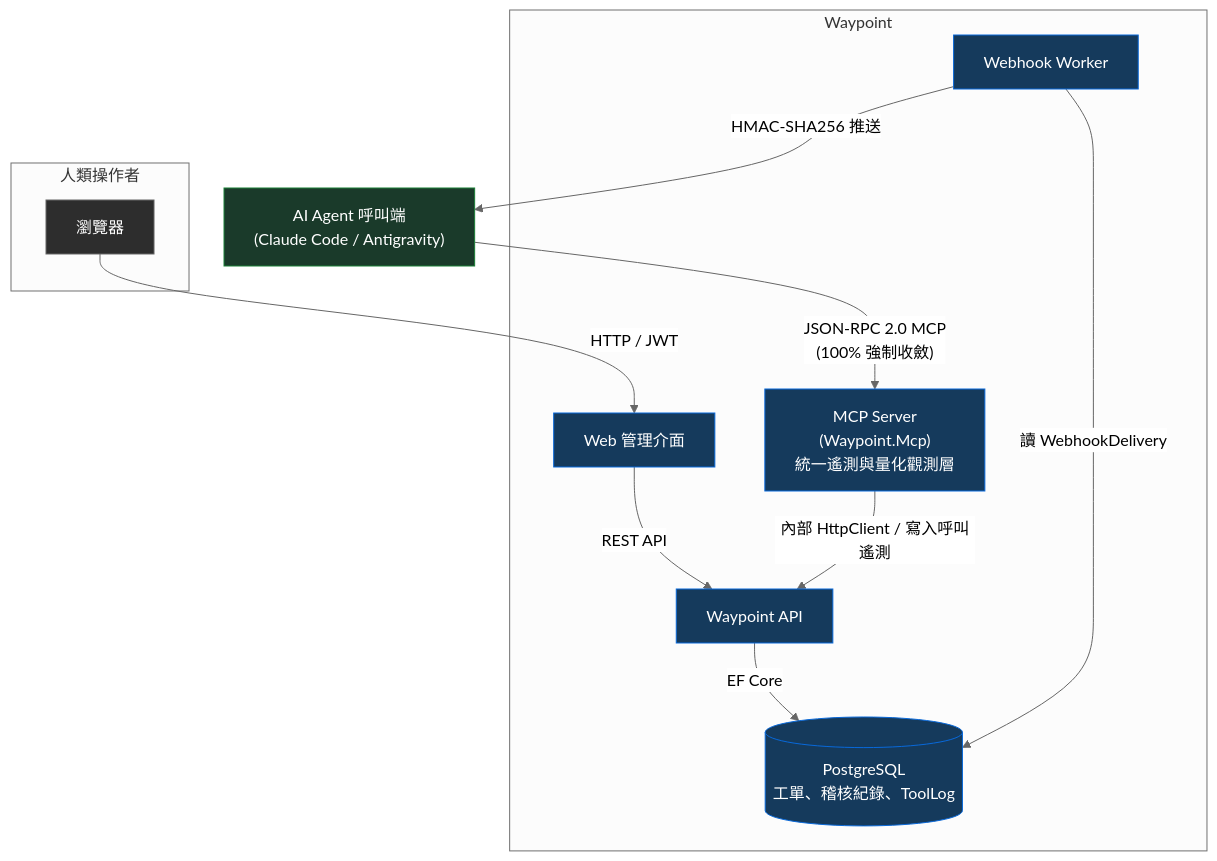
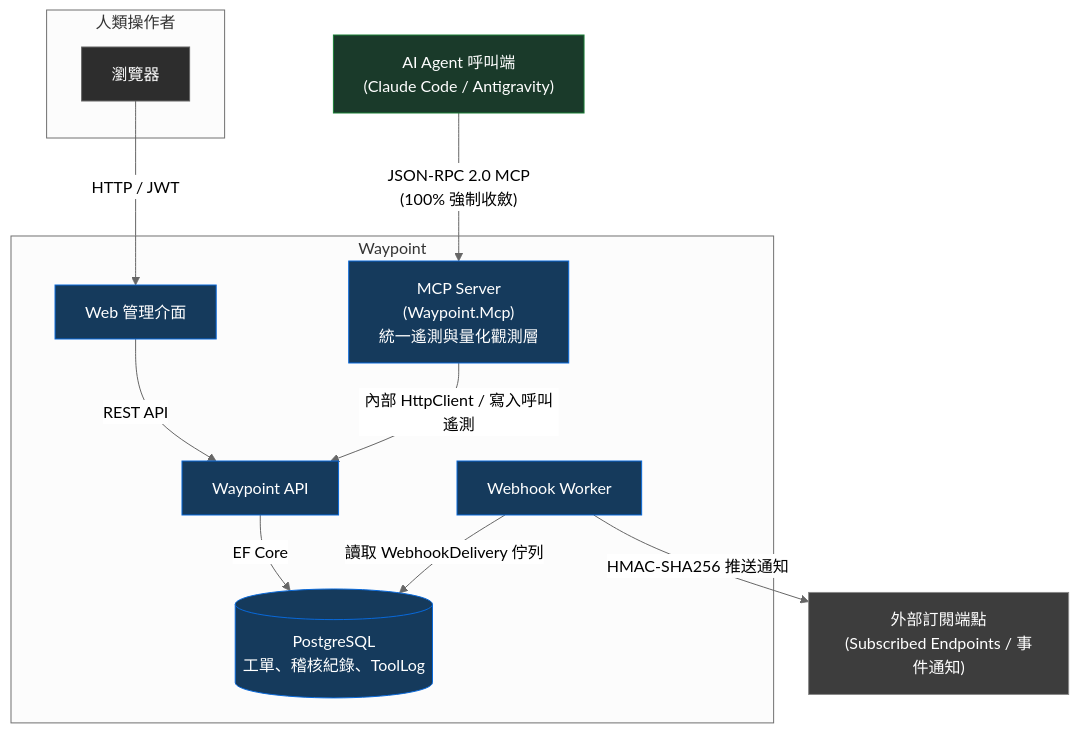
Before and after one commit to EanLee/eanlee.github.io: the first of 3 diagrams in src/content/blog/Software/series/solo-company-ai-team/why-waypoint-ticketing-system-for-ai/index.md, drawn with Mermaid (neutral theme). The commit also changed other lines of this file, not shown here.

Commit message:
fix(content): 修正 Waypoint 工單文章的 webhook 架構圖與說明文字

````diff
--- a/src/content/blog/Software/series/solo-company-ai-team/why-waypoint-ticketing-system-for-ai/index.md
+++ b/src/content/blog/Software/series/solo-company-ai-team/why-waypoint-ticketing-system-for-ai/index.md
@@ -171,32 +171,35 @@
 ```mermaid
 flowchart TD
     subgraph Human["人類操作者"]
         Browser["瀏覽器"]
     end
 
     subgraph WP["Waypoint"]
         WebSPA["Web 管理介面"]
         WPApi["Waypoint API"]
         WPMcp["MCP Server\n(Waypoint.Mcp)\n統一遙測與量化觀測層"]
         WebhookWorker["Webhook Worker"]
         DB[("PostgreSQL\n工單、稽核紀錄、ToolLog")]
     end
 
     AgentClient["AI Agent 呼叫端\n(Claude Code / Antigravity)"]
+    SubscribedEndpoints["外部訂閱端點\n(Subscribed Endpoints / 事件通知)"]
 
     Browser -->|"HTTP / JWT"| WebSPA
     WebSPA -->|"REST API"| WPApi
     WPApi -->|"EF Core"| DB
-    WebhookWorker -->|"讀 WebhookDelivery"| DB
-    WebhookWorker -->|"HMAC-SHA256 推送"| AgentClient
+    WebhookWorker -->|"讀取 WebhookDelivery 佇列"| DB
+    WebhookWorker -->|"HMAC-SHA256 推送通知"| SubscribedEndpoints
 
     AgentClient -->|"JSON-RPC 2.0 MCP\n(100% 強制收斂)"| WPMcp
     WPMcp -->|"內部 HttpClient / 寫入呼叫遙測"| WPApi
 
     classDef waypointStyle fill:#153a5c,color:#fff,stroke:#0969da
     classDef agentStyle fill:#1a3a2a,color:#fff,stroke:#1a7f37
     classDef humanStyle fill:#2d2d2d,color:#fff,stroke:#666
+    classDef endpointStyle fill:#3d3d3d,color:#fff,stroke:#888
     class WebSPA,WPApi,WPMcp,WebhookWorker,DB waypointStyle
     class AgentClient agentStyle
     class Browser humanStyle
+    class SubscribedEndpoints endpointStyle
 ```
````
